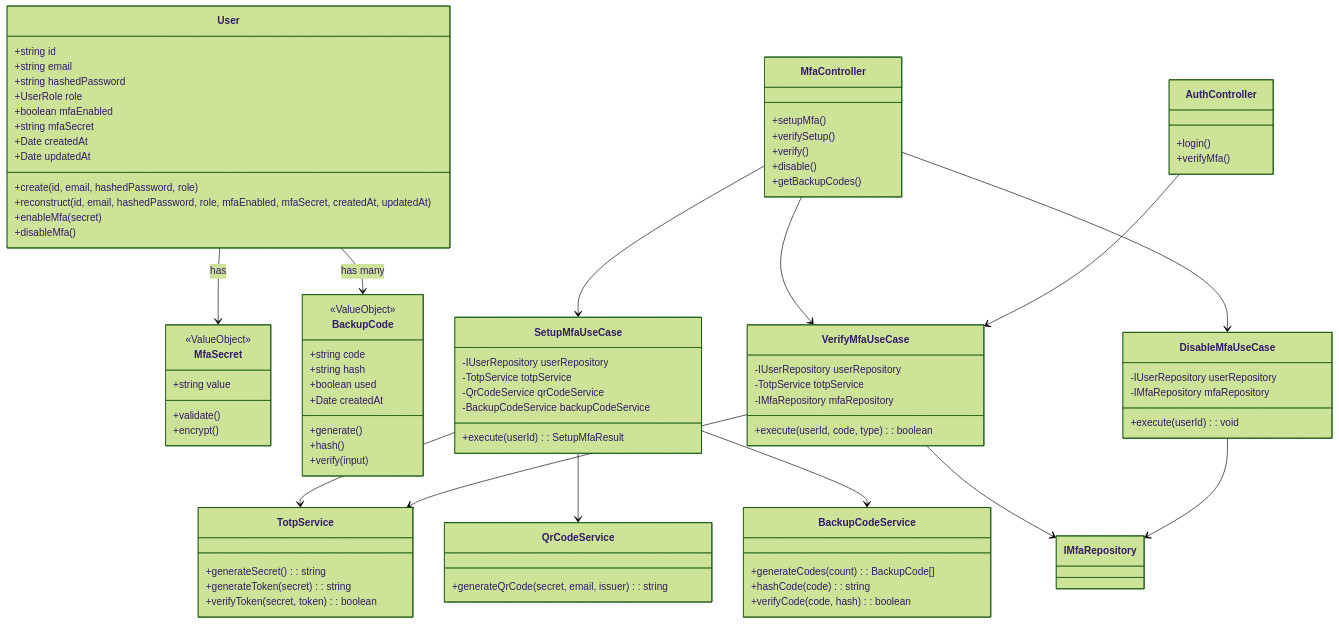
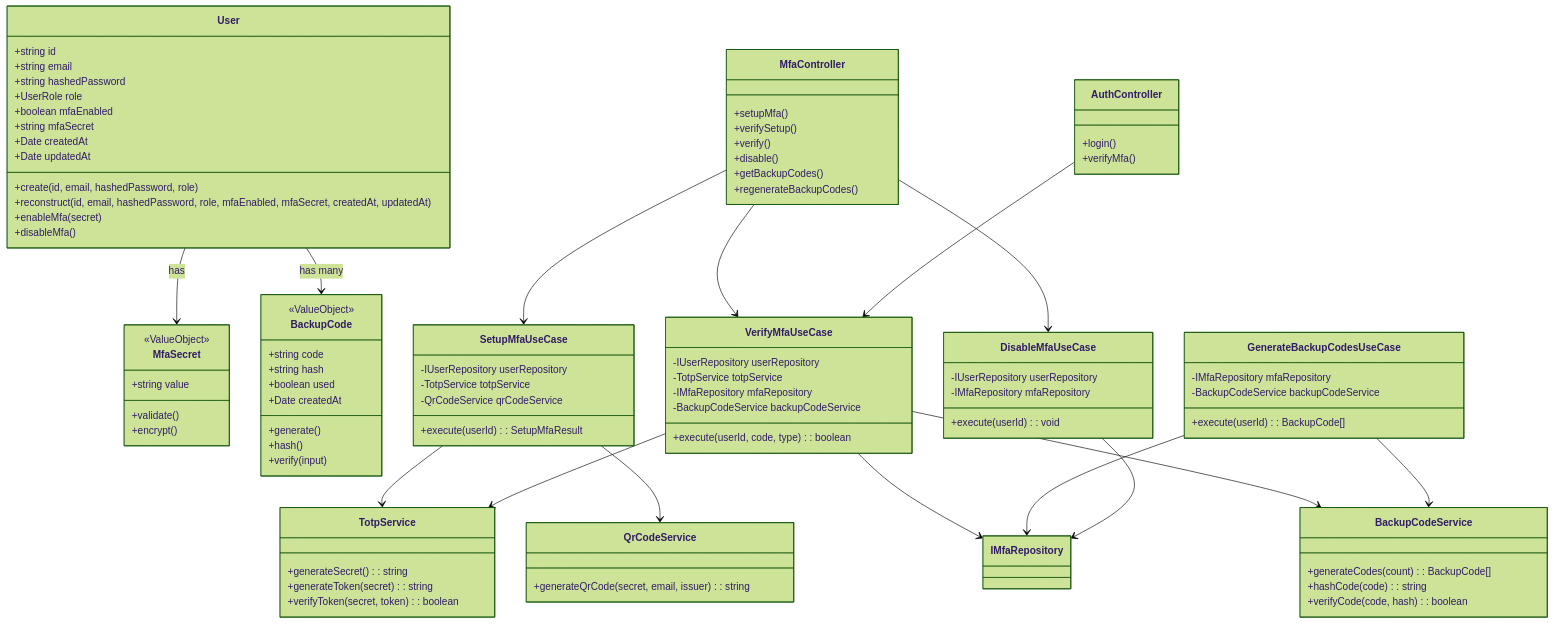
One commit to kencom2400/MrWebDefence-Console changed the first of 3 diagrams in docs/detailed-design/MWD-30_mfa-implementation/class-diagrams.md. Above: the diagram before and after it, drawn with Mermaid (forest theme). The commit also changed 4 other files, not shown here.

```diff
--- a/docs/detailed-design/MWD-30_mfa-implementation/class-diagrams.md
+++ b/docs/detailed-design/MWD-30_mfa-implementation/class-diagrams.md
@@ -41,7 +41,6 @@
         -IUserRepository userRepository
         -TotpService totpService
         -QrCodeService qrCodeService
-        -BackupCodeService backupCodeService
         +execute(userId): SetupMfaResult
     }
 
@@ -49,7 +48,14 @@
         -IUserRepository userRepository
         -TotpService totpService
         -IMfaRepository mfaRepository
+        -BackupCodeService backupCodeService
         +execute(userId, code, type): boolean
+    }
+
+    class GenerateBackupCodesUseCase {
+        -IMfaRepository mfaRepository
+        -BackupCodeService backupCodeService
+        +execute(userId): BackupCode[]
     }
 
     class DisableMfaUseCase {
@@ -80,6 +86,7 @@
         +verify()
         +disable()
         +getBackupCodes()
+        +regenerateBackupCodes()
     }
 
     class AuthController {
@@ -91,9 +98,11 @@
     User --> BackupCode : has many
     SetupMfaUseCase --> TotpService
     SetupMfaUseCase --> QrCodeService
-    SetupMfaUseCase --> BackupCodeService
     VerifyMfaUseCase --> TotpService
     VerifyMfaUseCase --> IMfaRepository
+    VerifyMfaUseCase --> BackupCodeService
+    GenerateBackupCodesUseCase --> IMfaRepository
+    GenerateBackupCodesUseCase --> BackupCodeService
     DisableMfaUseCase --> IMfaRepository
     MfaController --> SetupMfaUseCase
     MfaController --> VerifyMfaUseCase
```
